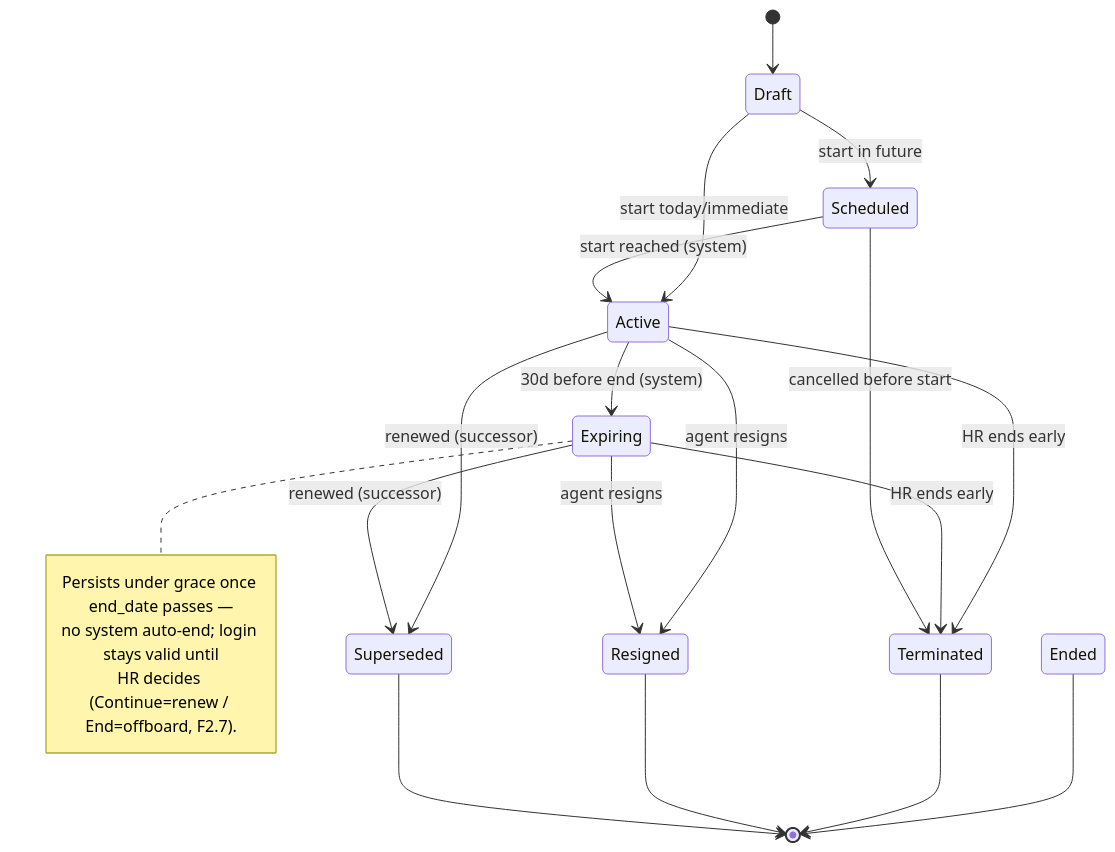
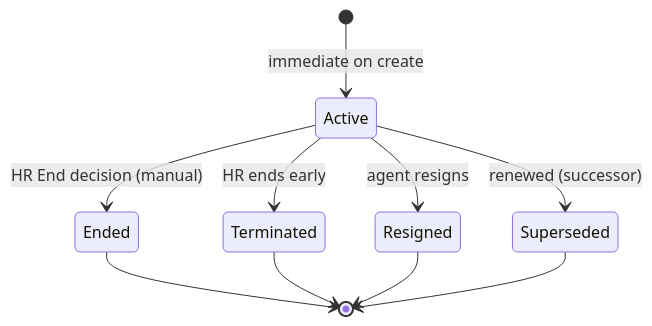
Before and after one commit to hariszaki17/hris-outsource: the diagram in docs/epics/E3-placement/prds/placement-lifecycle.md, drawn with Mermaid. The commit also changed other lines of this file and 106 other files, not shown here.

````diff
--- a/docs/epics/E3-placement/prds/placement-lifecycle.md
+++ b/docs/epics/E3-placement/prds/placement-lifecycle.md
@@ -34,24 +33,12 @@
 ```mermaid
 stateDiagram-v2
-    [*] --> Draft
-    Draft --> Scheduled: start in future
-    Draft --> Active: start today/immediate
-    Scheduled --> Active: start reached (system)
-    Active --> Expiring: 30d before end (system)
+    [*] --> Active: immediate on create
+    Active --> Ended: HR End decision (manual)
     Active --> Terminated: HR ends early
     Active --> Resigned: agent resigns
     Active --> Superseded: renewed (successor)
-    note right of Expiring
-      Persists under grace once end_date passes —
-      no system auto-end; login stays valid until
-      HR decides (Continue=renew / End=offboard, F2.7).
-    end note
-    Expiring --> Terminated: HR ends early
-    Expiring --> Resigned: agent resigns
-    Expiring --> Superseded: renewed (successor)
-    Scheduled --> Terminated: cancelled before start
     Ended --> [*]
     Terminated --> [*]
     Resigned --> [*]
     Superseded --> [*]
 ```
````
